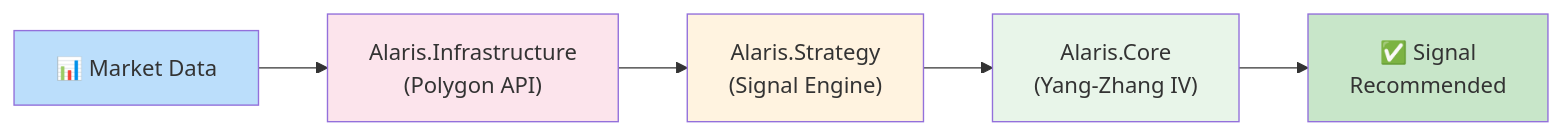
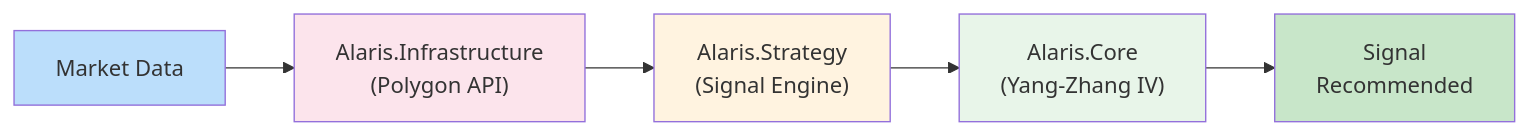
One commit to averagestudentdontfail/Alaris changed the second of 3 diagrams in docs/architecture.md. Above: the diagram before and after it, drawn with Mermaid. The commit also changed other lines of this file and 1 other file, not shown here.

Commit message:
Small updates.

````diff
--- a/docs/architecture.md
+++ b/docs/architecture.md
@@ -292,13 +292,13 @@
 ```mermaid
 flowchart LR
-    A["📊 Market Data"] --> B["Alaris.Infrastructure<br/>(Polygon API)"]
+    A["Market Data"] --> B["Alaris.Infrastructure<br/>(Polygon API)"]
     B --> C["Alaris.Strategy<br/>(Signal Engine)"]
     C --> D["Alaris.Core<br/>(Yang-Zhang IV)"]
-    D --> E["✅ Signal<br/>Recommended"]
+    D --> E["Signal<br/>Recommended"]
 
     style A fill:#bbdefb
     style B fill:#fce4ec
     style C fill:#fff3e0
     style D fill:#e8f5e9
     style E fill:#c8e6c9
 ```
````
